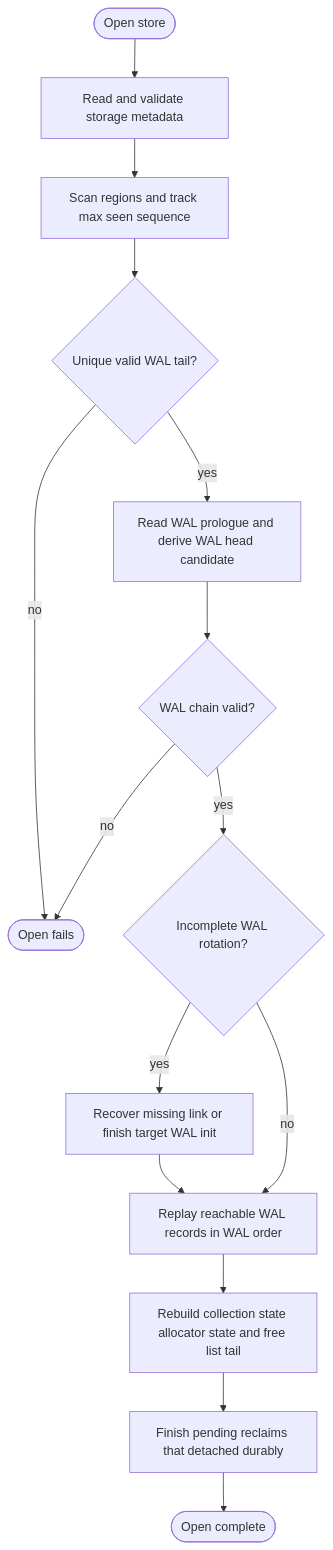
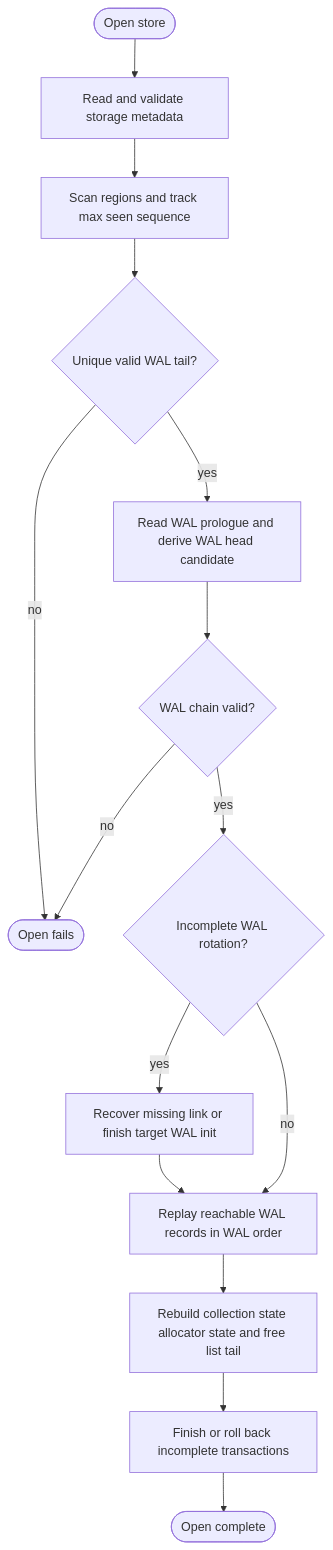
The diagram in spec/ring/06-startup-replay.md (moore/borromean), drawn with Mermaid before and after one commit. The commit also changed other lines of this file and 19 other files, not shown here.

````diff
--- a/spec/ring/06-startup-replay.md
+++ b/spec/ring/06-startup-replay.md
@@ -342,26 +346,26 @@
 ```mermaid
 %%{init: {"flowchart": {"wrappingWidth": 180}} }%%
 flowchart TD
     OpenStore([Open store])
     ReadMeta["`Read and validate storage metadata`"]
     ScanRegions["`Scan regions and track max seen sequence`"]
     TailOk{"`Unique valid WAL tail?`"}
     Fail([Open fails])
     ReadHead["`Read WAL prologue and derive WAL head candidate`"]
     ChainOk{"`WAL chain valid?`"}
     Rotate{"`Incomplete WAL rotation?`"}
     RecoverRotate["`Recover missing link or finish target WAL init`"]
     Replay["`Replay reachable WAL records in WAL order`"]
     Rebuild["`Rebuild collection state allocator state and free list tail`"]
-    FinishReclaims["`Finish pending reclaims that detached durably`"]
+    FinishTransactions["`Finish or roll back incomplete transactions`"]
     OpenReady([Open complete])
 
     OpenStore --> ReadMeta --> ScanRegions --> TailOk
     TailOk -->|no| Fail
     TailOk -->|yes| ReadHead --> ChainOk
     ChainOk -->|no| Fail
     ChainOk -->|yes| Rotate
     Rotate -->|yes| RecoverRotate --> Replay
     Rotate -->|no| Replay
-    Replay --> Rebuild --> FinishReclaims --> OpenReady
+    Replay --> Rebuild --> FinishTransactions --> OpenReady
 ```
````
